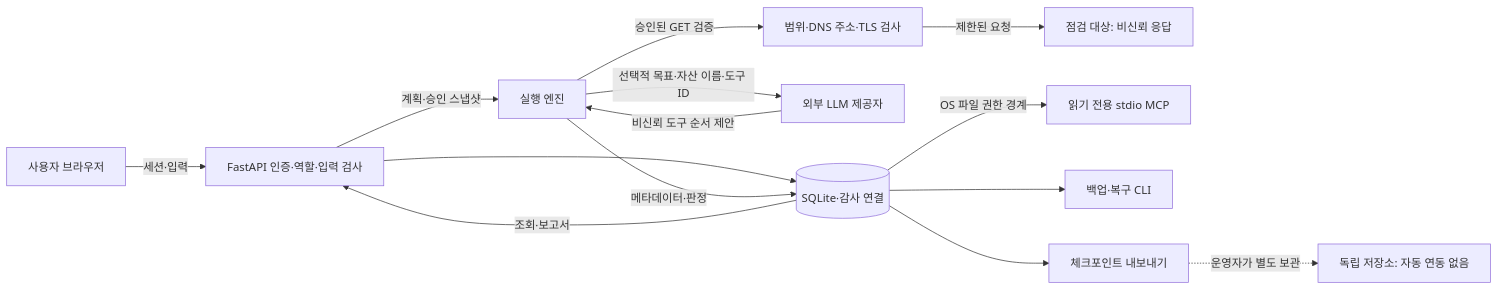
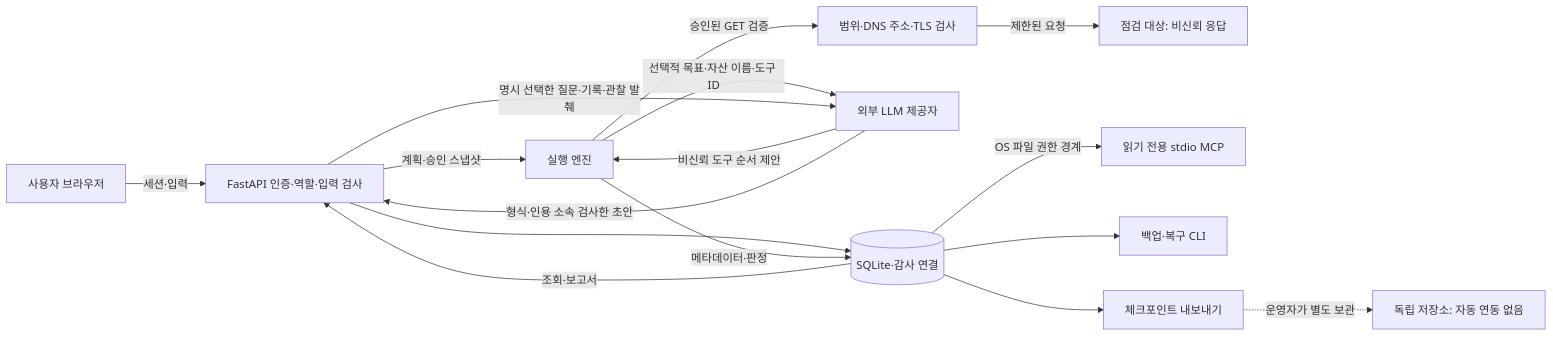
The diagram in docs/THREAT-MODEL.md (SoonGwan/open-aegis), drawn with Mermaid before and after one commit. The commit also changed other lines of this file and 19 other files, not shown here.

````diff
--- a/docs/THREAT-MODEL.md
+++ b/docs/THREAT-MODEL.md
@@ -26,16 +26,18 @@
 ```mermaid
 flowchart LR
   User[사용자 브라우저] -->|세션·입력| API[FastAPI 인증·역할·입력 검사]
   API -->|계획·승인 스냅샷| Engine[실행 엔진]
   Engine -->|승인된 GET 검증| Transport[범위·DNS 주소·TLS 검사]
   Transport -->|제한된 요청| Target[점검 대상: 비신뢰 응답]
   Engine -->|선택적 목표·자산 이름·도구 ID| LLM[외부 LLM 제공자]
   LLM -->|비신뢰 도구 순서 제안| Engine
+  API -->|명시 선택한 질문·기록·관찰 발췌| LLM
+  LLM -->|형식·인용 소속 검사한 초안| API
   API --> DB[(SQLite·감사 연결)]
   Engine -->|메타데이터·판정| DB
   DB -->|조회·보고서| API
   DB -->|OS 파일 권한 경계| MCP[읽기 전용 stdio MCP]
   DB --> Backup[백업·복구 CLI]
   DB --> Checkpoint[체크포인트 내보내기]
   Checkpoint -. 운영자가 별도 보관 .-> External[독립 저장소: 자동 연동 없음]
 ```
````
